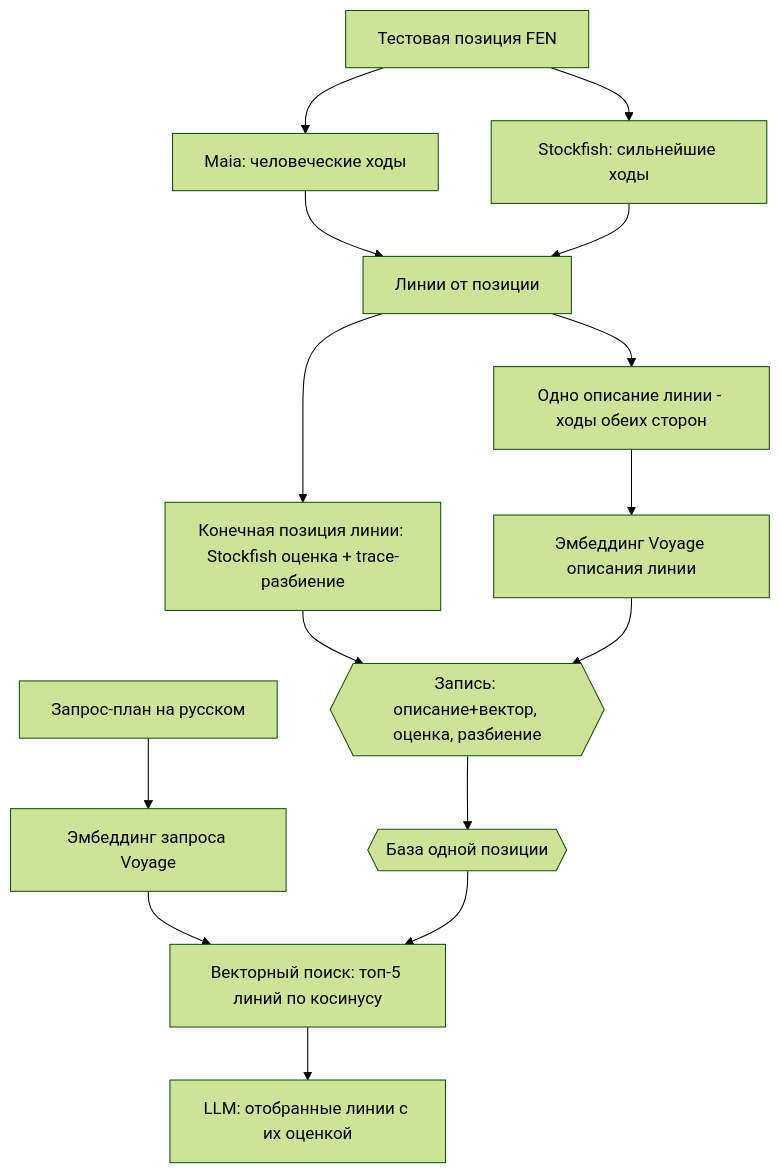
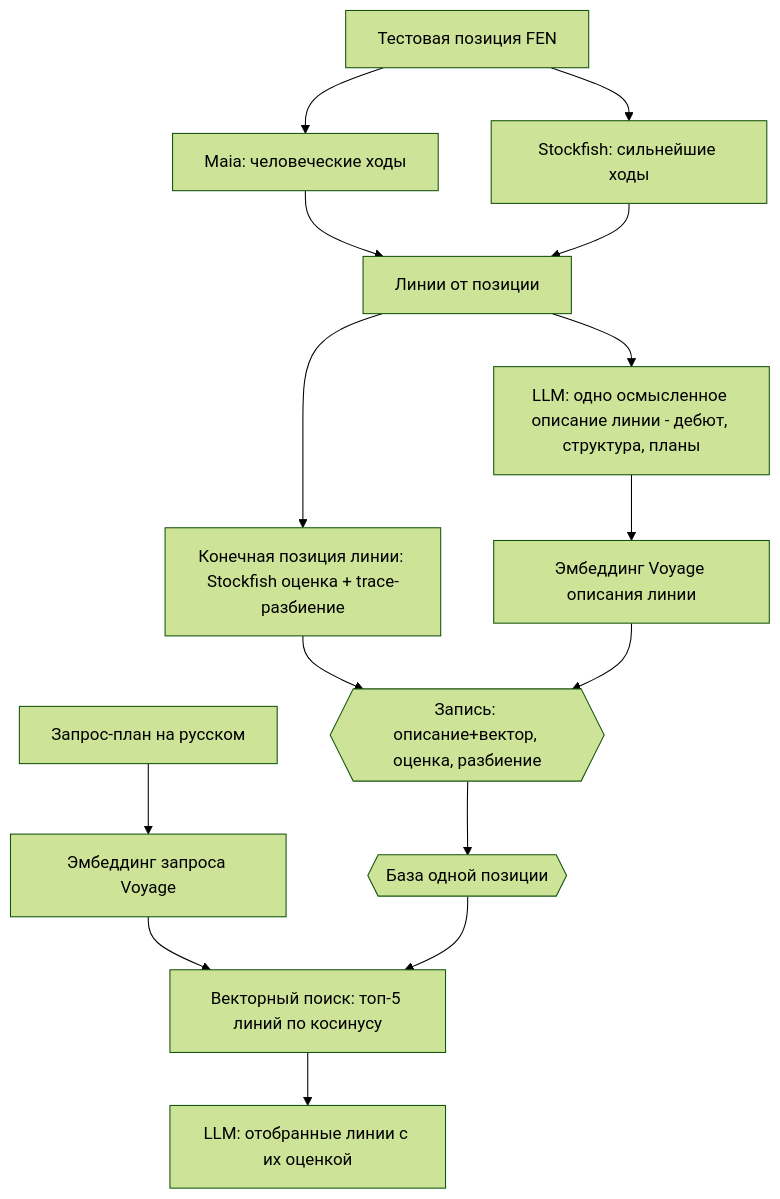
One commit to StasPiv/kingside changed the diagram in docs/adr/170-plan-search-over-variation-tree-poc.md. Above: the diagram before and after it, drawn with Mermaid (forest theme). The commit also changed other lines of this file, not shown here.

First line of the commit message:
docs(adr): ADR-170 рев.3 — описание линии = осмысленный разбор от LLM

````diff
--- a/docs/adr/170-plan-search-over-variation-tree-poc.md
+++ b/docs/adr/170-plan-search-over-variation-tree-poc.md
@@ -62,17 +62,17 @@
 ```mermaid
 flowchart TD
   A[Тестовая позиция FEN] --> B[Maia: человеческие ходы]
   A --> C[Stockfish: сильнейшие ходы]
   B --> D[Линии от позиции]
   C --> D
   D --> E[Конечная позиция линии: Stockfish оценка + trace-разбиение]
-  D --> F[Одно описание линии - ходы обеих сторон]
+  D --> F[LLM: одно осмысленное описание линии - дебют, структура, планы]
   F --> G[Эмбеддинг Voyage описания линии]
   E --> H{{Запись: описание+вектор, оценка, разбиение}}
   G --> H
   H --> S{{База одной позиции}}
   I[Запрос-план на русском] --> J[Эмбеддинг запроса Voyage]
   J --> K[Векторный поиск: топ-5 линий по косинусу]
   S --> K
   K --> M[LLM: отобранные линии с их оценкой]
 ```
````
